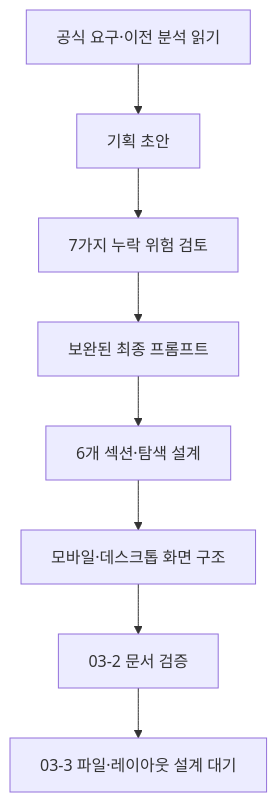
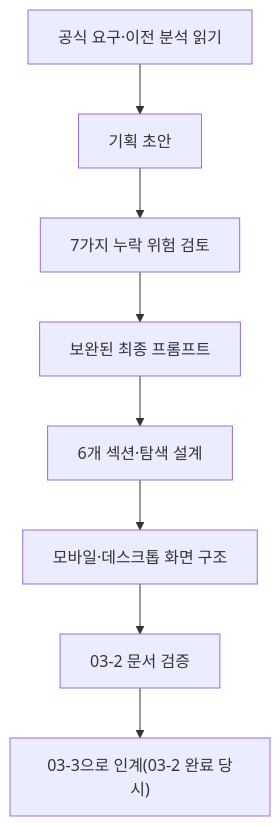
One commit to MetaStudy999/codyssey-basic-web-portfolio changed the first of 3 diagrams in training/round-04-agent/03-design/03-2-INFORMATION-ARCHITECTURE.md. Above: the diagram before and after it, drawn with Mermaid. The commit also changed other lines of this file, not shown here.

````diff
--- a/training/round-04-agent/03-design/03-2-INFORMATION-ARCHITECTURE.md
+++ b/training/round-04-agent/03-design/03-2-INFORMATION-ARCHITECTURE.md
@@ -13,10 +13,10 @@
 ```mermaid
 flowchart TD
  A["공식 요구·이전 분석 읽기"] --> B["기획 초안"]
  B --> C["7가지 누락 위험 검토"]
  C --> D["보완된 최종 프롬프트"]
  D --> E["6개 섹션·탐색 설계"]
  E --> F["모바일·데스크톱 화면 구조"]
  F --> G["03-2 문서 검증"]
- G --> H["03-3 파일·레이아웃 설계 대기"]
+ G --> H["03-3으로 인계(03-2 완료 당시)"]
 ```
````
